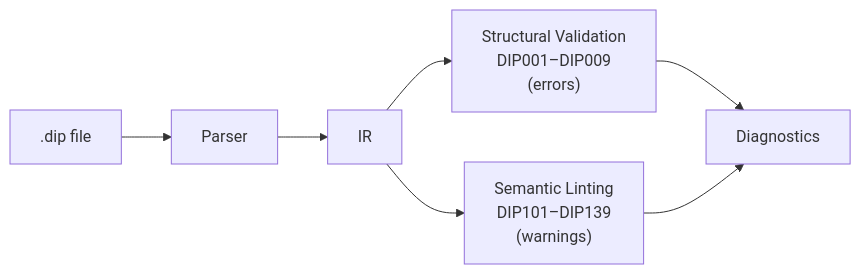
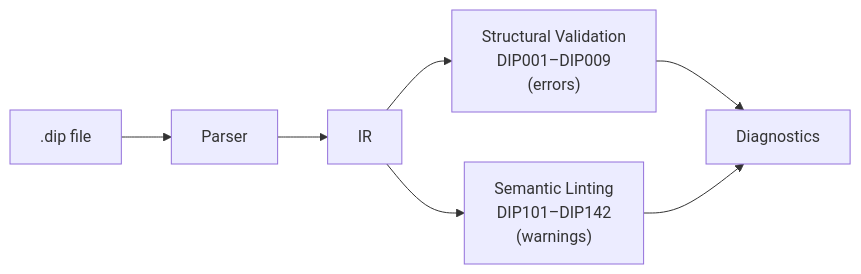
One commit to 2389-research/dippin-lang changed the diagram in docs/validation.md. Above: the diagram before and after it, drawn with Mermaid. The commit also changed other lines of this file and 6 other files, not shown here.

````diff
--- a/docs/validation.md
+++ b/docs/validation.md
@@ -10,9 +10,9 @@
 ```mermaid
 graph LR
     SRC[".dip file"] --> PARSE["Parser"]
     PARSE --> IR["IR"]
     IR --> VAL["Structural Validation<br>DIP001–DIP009<br>(errors)"]
-    IR --> LINT["Semantic Linting<br>DIP101–DIP139<br>(warnings)"]
+    IR --> LINT["Semantic Linting<br>DIP101–DIP142<br>(warnings)"]
     VAL --> DIAG["Diagnostics"]
     LINT --> DIAG
 ```
````
